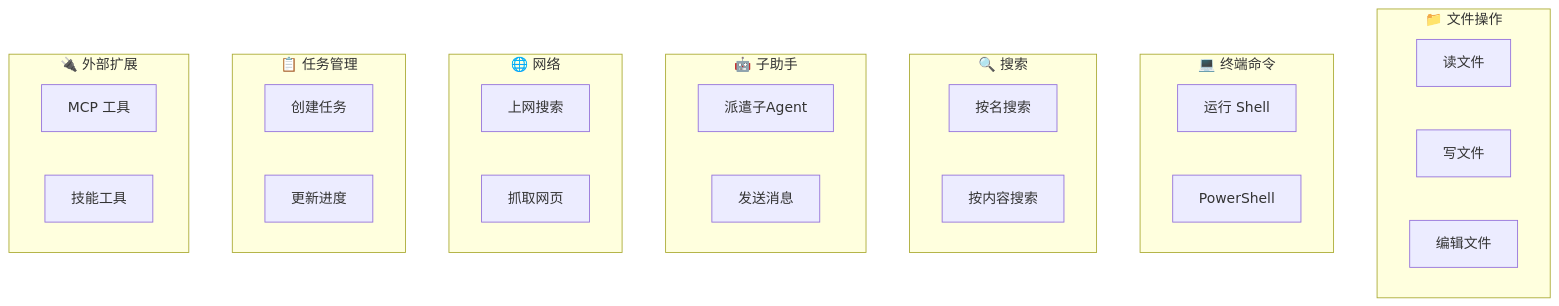
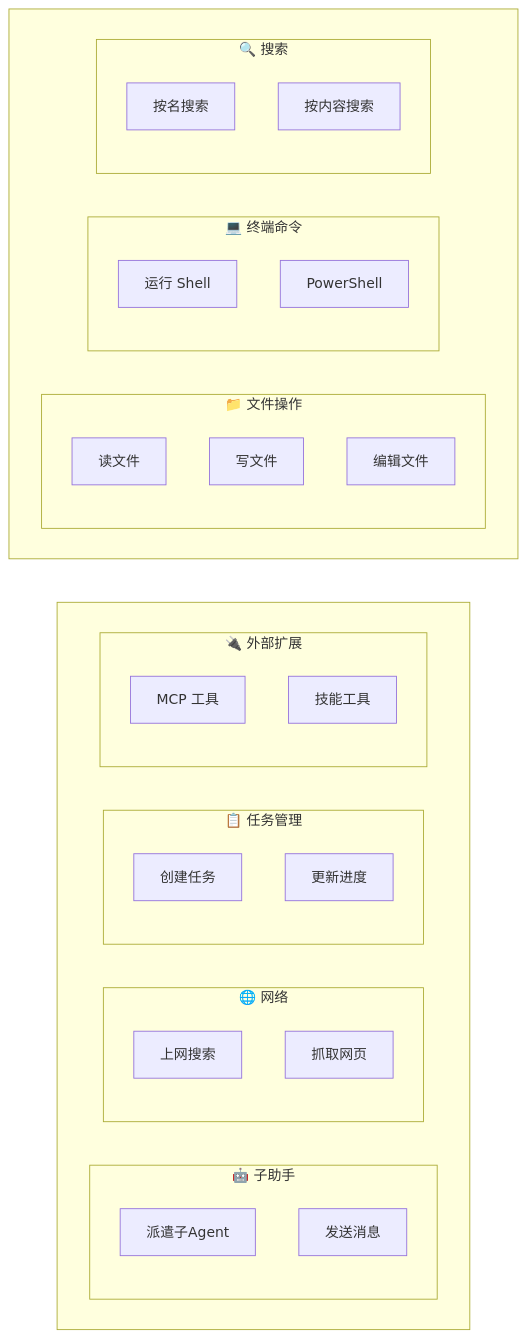
The diagram in docs/architecture/03-tool-system.md (WSbaikaishui/claude-code-source-code), drawn with Mermaid before and after one commit. The commit also changed 73 other files, not shown here.

First line of the commit message:
Fix all Mermaid diagrams: restore semantics + fix dimensions

````diff
--- a/docs/architecture/03-tool-system.md
+++ b/docs/architecture/03-tool-system.md
@@ -9,32 +9,39 @@
 ```mermaid
 graph TD
-    subgraph 文件["📁 文件操作"]
-        F1[读文件]
-        F2[写文件]
-        F3[编辑文件]
+    subgraph 第一行[" "]
+        direction LR
+        subgraph 文件["📁 文件操作"]
+            F1[读文件]
+            F2[写文件]
+            F3[编辑文件]
+        end
+        subgraph 终端["💻 终端命令"]
+            T1[运行 Shell]
+            T2[PowerShell]
+        end
+        subgraph 搜索["🔍 搜索"]
+            S1[按名搜索]
+            S2[按内容搜索]
+        end
     end
-    subgraph 终端["💻 终端命令"]
-        T1[运行 Shell]
-        T2[PowerShell]
+    subgraph 第二行[" "]
+        direction LR
+        subgraph Agent["🤖 子助手"]
+            A1[派遣子Agent]
+            A2[发送消息]
+        end
+        subgraph 网络["🌐 网络"]
+            W1[上网搜索]
+            W2[抓取网页]
+        end
+        subgraph 任务["📋 任务管理"]
+            K1[创建任务]
+            K2[更新进度]
+        end
+        subgraph 扩展["🔌 外部扩展"]
+            E1[MCP 工具]
+            E2[技能工具]
+        end
     end
-    subgraph 搜索["🔍 搜索"]
-        S1[按名搜索]
-        S2[按内容搜索]
-    end
-    subgraph Agent["🤖 子助手"]
-        A1[派遣子Agent]
-        A2[发送消息]
-    end
-    subgraph 网络["🌐 网络"]
-        W1[上网搜索]
-        W2[抓取网页]
-    end
-    subgraph 任务["📋 任务管理"]
-        K1[创建任务]
-        K2[更新进度]
-    end
-    subgraph 扩展["🔌 外部扩展"]
-        E1[MCP 工具]
-        E2[技能工具]
-    end
+    第一行 ~~~ 第二行
 ```
````
